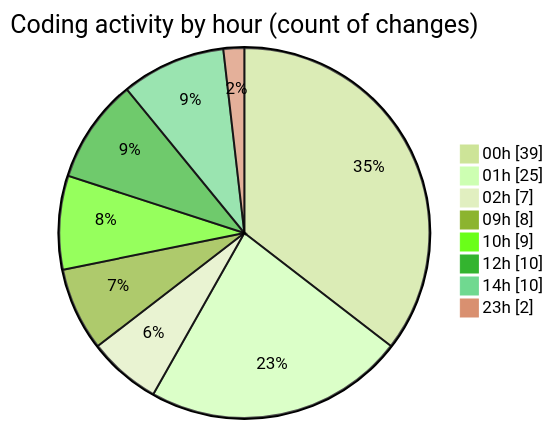
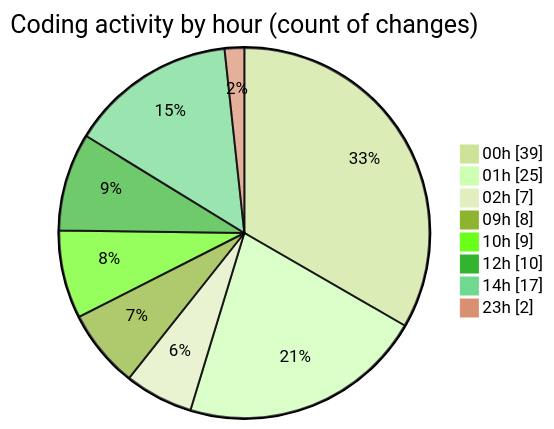
The second of 2 diagrams in 2025-10-10/eventscop-frontend-guide__workspace_/README.md (julien-gomy/code-tracking), drawn with Mermaid (forest theme) before and after one commit. The commit also changed other lines of this file and 1 other file, not shown here.

````diff
--- a/2025-10-10/eventscop-frontend-guide__workspace_/README.md
+++ b/2025-10-10/eventscop-frontend-guide__workspace_/README.md
@@ -44,12 +46,12 @@
 ```mermaid
 pie showData
 title Coding activity by hour (count of changes)
 "00h" : 39
 "01h" : 25
 "02h" : 7
 "09h" : 8
 "10h" : 9
 "12h" : 10
-"14h" : 10
+"14h" : 17
 "23h" : 2
 ```
````
